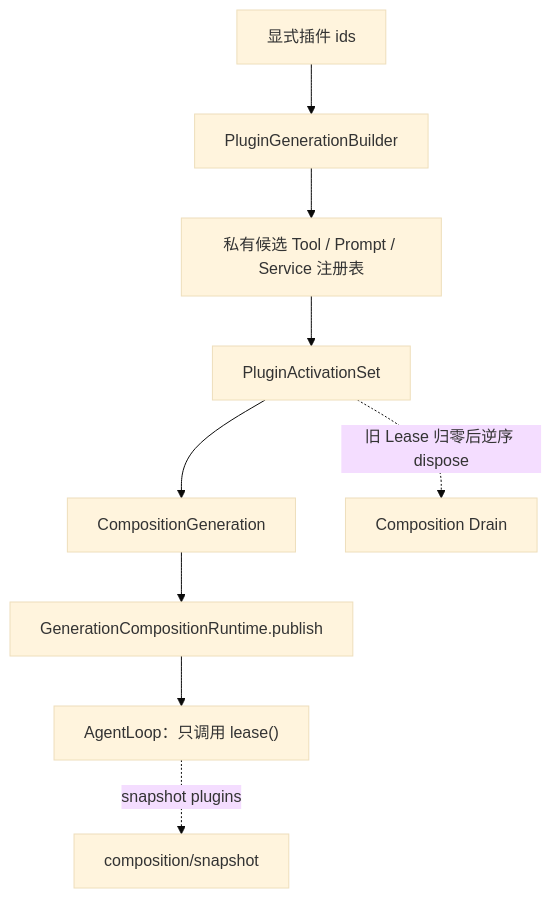
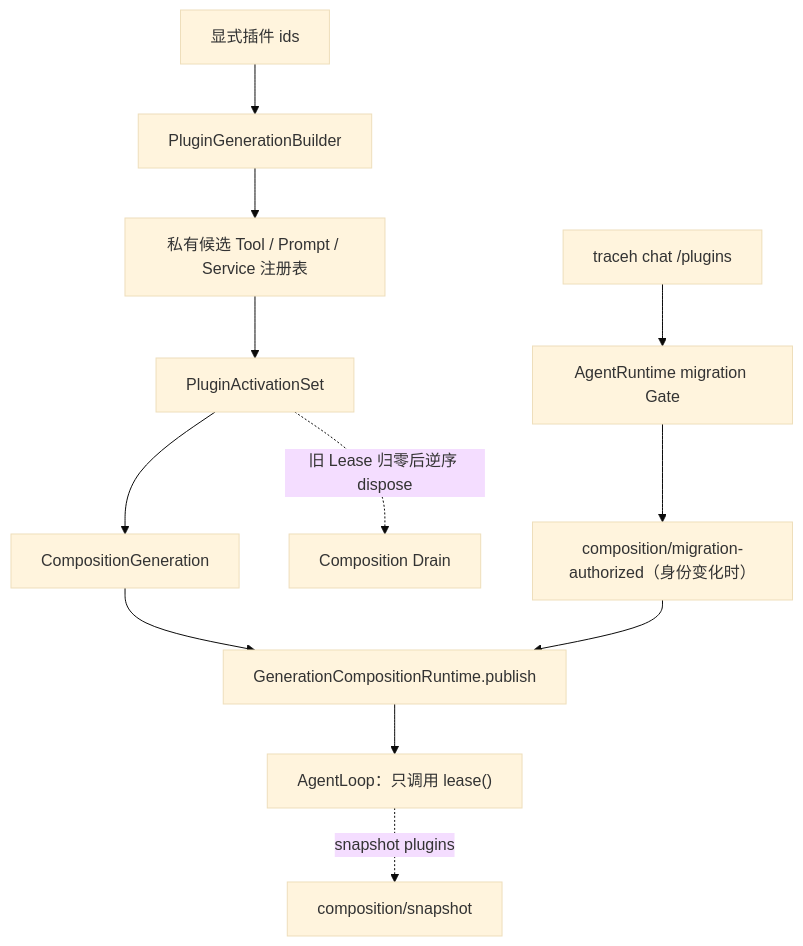
Before and after one commit to uboyme/traceHarness: the second of 11 diagrams in docs/note/project-context.md, drawn with Mermaid (base theme). The commit also changed other lines of this file and 20 other files, not shown here.

First line of the commit message:
feat: add session plugin composition migration

````diff
--- a/docs/note/project-context.md
+++ b/docs/note/project-context.md
@@ -178,11 +178,14 @@
 ```mermaid
 flowchart TD
     SEL["显式插件 ids"] --> PB["PluginGenerationBuilder"]
     PB --> CAND["私有候选 Tool / Prompt / Service 注册表"]
     CAND --> ACT["PluginActivationSet"]
     ACT --> GEN["CompositionGeneration"]
     GEN --> CR2["GenerationCompositionRuntime.publish"]
     CR2 --> AL2["AgentLoop：只调用 lease()"]
     ACT -. "旧 Lease 归零后逆序 dispose" .-> DRAIN["Composition Drain"]
     AL2 -. "snapshot plugins" .-> SNAP["composition/snapshot"]
+    CHAT["traceh chat /plugins"] --> MIG["AgentRuntime migration Gate"]
+    MIG --> AUTH["composition/migration-authorized（身份变化时）"]
+    AUTH --> CR2
 ```
````
